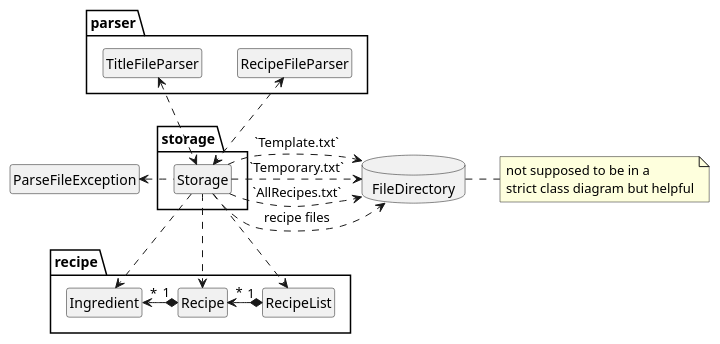
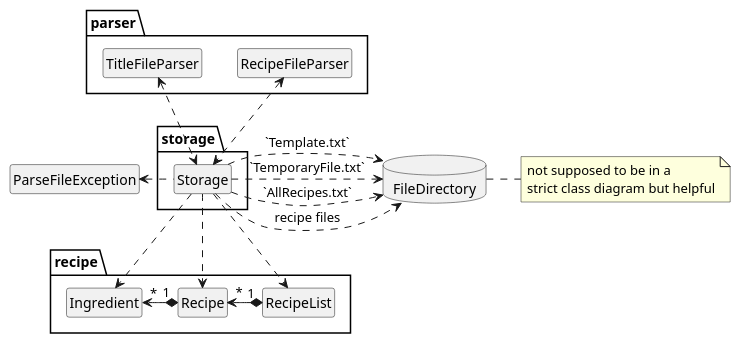
Before and after one commit to nus-cs2113-AY2223S1/tp: the diagram in docs/diagrams/StorageClassDiagram.puml, drawn with PlantUML. The commit also changed 2 other files, not shown here.

```diff
--- a/docs/diagrams/StorageClassDiagram.puml
+++ b/docs/diagrams/StorageClassDiagram.puml
@@ -1,48 +1,48 @@
 @startuml
 skinparam Style strictuml
 allowmixing
 
 
 
 package "storage" as st{
 class Storage
 }
 hide class fields
 hide class methods
 
 package recipe {
 class RecipeList
 class Recipe
 class Ingredient
 }
 
 
 
 package parser {
 class RecipeFileParser
 class TitleFileParser
 }
 
 database FileDirectory
 
 class ParseFileException
 
 Storage .down-> Recipe
 Storage .down-> Ingredient
 Storage .down-> RecipeList
 Storage <.up.> RecipeFileParser
 Storage <.up.> TitleFileParser
 Storage .left-> ParseFileException
 
 Recipe "1" *-l-> "*" Ingredient
 RecipeList "1" *-l-> "*"  Recipe
 
 
 Storage .right..> FileDirectory: recipe files
 Storage .> FileDirectory: `AllRecipes.txt`
 Storage .> FileDirectory: `Template.txt`
-Storage .> FileDirectory: `Temporary.txt`
+Storage .> FileDirectory: `TemporaryFile.txt`
 
 note "not supposed to be in a \nstrict class diagram but helpful" as N1
 FileDirectory .r- N1
 @enduml
```
